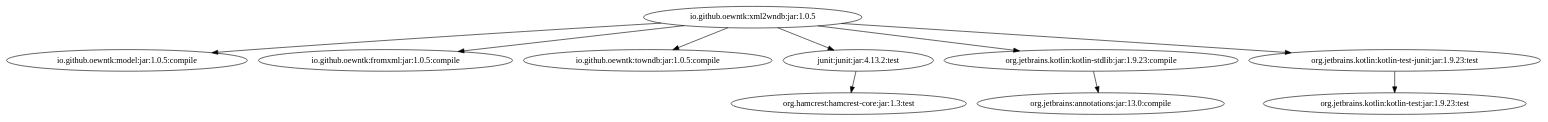
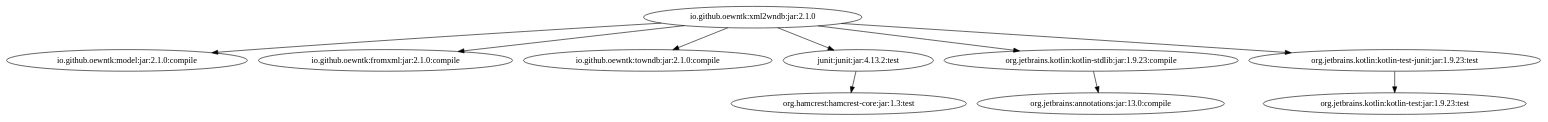
One commit to oewntk/grind_xml2wndb changed the diagram in images/grind-xml2wndb.dot. Above: the diagram before and after it, drawn with Graphviz. The commit also changed 2 other files, not shown here.

```diff
--- a/images/grind-xml2wndb.dot
+++ b/images/grind-xml2wndb.dot
@@ -1,11 +1,11 @@
-digraph "io.github.oewntk:xml2wndb:jar:1.0.5" { 
-	"io.github.oewntk:xml2wndb:jar:1.0.5" -> "io.github.oewntk:model:jar:1.0.5:compile" ; 
-	"io.github.oewntk:xml2wndb:jar:1.0.5" -> "io.github.oewntk:fromxml:jar:1.0.5:compile" ; 
-	"io.github.oewntk:xml2wndb:jar:1.0.5" -> "io.github.oewntk:towndb:jar:1.0.5:compile" ; 
-	"io.github.oewntk:xml2wndb:jar:1.0.5" -> "junit:junit:jar:4.13.2:test" ; 
-	"io.github.oewntk:xml2wndb:jar:1.0.5" -> "org.jetbrains.kotlin:kotlin-stdlib:jar:1.9.23:compile" ; 
-	"io.github.oewntk:xml2wndb:jar:1.0.5" -> "org.jetbrains.kotlin:kotlin-test-junit:jar:1.9.23:test" ; 
+digraph "io.github.oewntk:xml2wndb:jar:2.1.0" { 
+	"io.github.oewntk:xml2wndb:jar:2.1.0" -> "io.github.oewntk:model:jar:2.1.0:compile" ; 
+	"io.github.oewntk:xml2wndb:jar:2.1.0" -> "io.github.oewntk:fromxml:jar:2.1.0:compile" ; 
+	"io.github.oewntk:xml2wndb:jar:2.1.0" -> "io.github.oewntk:towndb:jar:2.1.0:compile" ; 
+	"io.github.oewntk:xml2wndb:jar:2.1.0" -> "junit:junit:jar:4.13.2:test" ; 
+	"io.github.oewntk:xml2wndb:jar:2.1.0" -> "org.jetbrains.kotlin:kotlin-stdlib:jar:1.9.23:compile" ; 
+	"io.github.oewntk:xml2wndb:jar:2.1.0" -> "org.jetbrains.kotlin:kotlin-test-junit:jar:1.9.23:test" ; 
 	"junit:junit:jar:4.13.2:test" -> "org.hamcrest:hamcrest-core:jar:1.3:test" ; 
 	"org.jetbrains.kotlin:kotlin-stdlib:jar:1.9.23:compile" -> "org.jetbrains:annotations:jar:13.0:compile" ; 
 	"org.jetbrains.kotlin:kotlin-test-junit:jar:1.9.23:test" -> "org.jetbrains.kotlin:kotlin-test:jar:1.9.23:test" ; 
  } 
```
